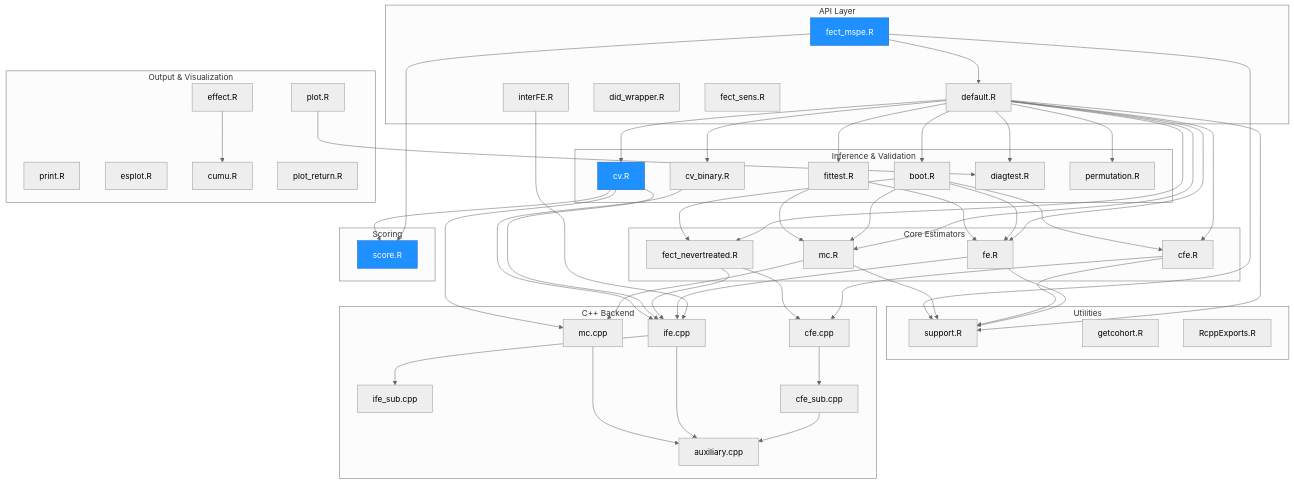
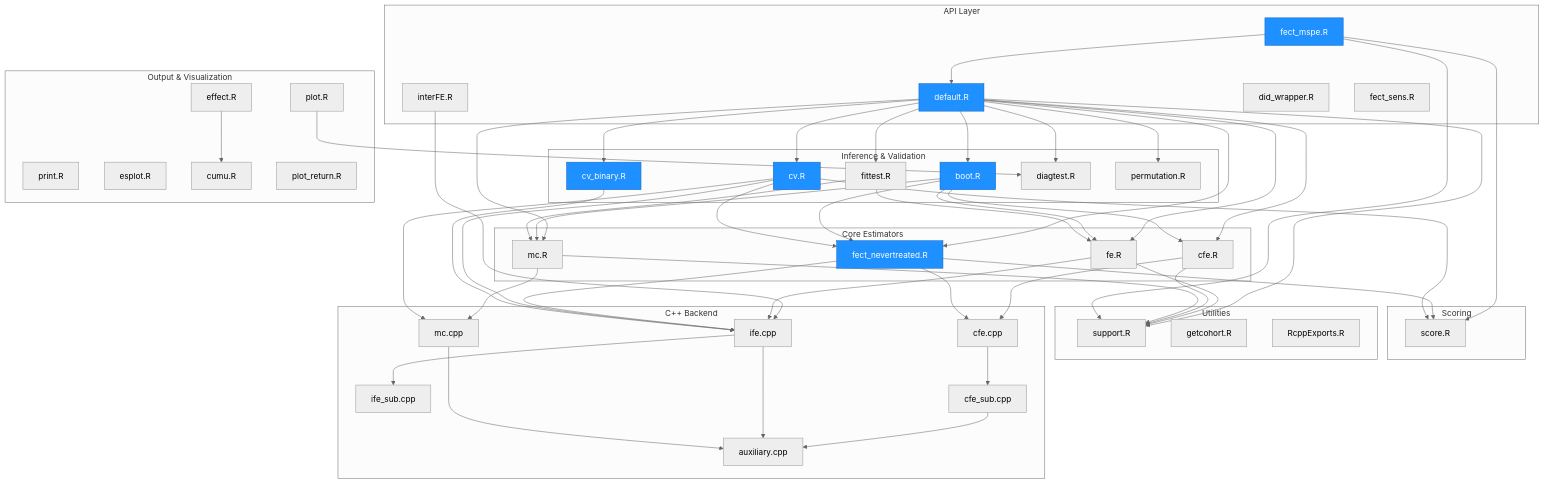
Before and after one commit to xuyiqing/fect: the first of 5 diagrams in architecture.md, drawn with Mermaid. The commit also changed other lines of this file and 11 other files, not shown here.

````diff
--- a/architecture.md
+++ b/architecture.md
@@ -87,6 +87,7 @@
     E3 --> C3
     E4 --> C1
     E4 --> C2
+    E4 --> SC1
     I1 --> E1
     I1 --> E2
     I1 --> E3
@@ -94,6 +95,7 @@
     I2 --> C1
     I2 --> C3
     I2 --> SC1
+    I2 --> E4
     I3 --> C1
     I4 --> E1
     I4 --> E3
@@ -106,7 +108,10 @@
     C3 --> C7
     A4 --> U1
 
-    style SC1 fill:#1e90ff,stroke:#1565c0,color:#fff
+    style A1 fill:#1e90ff,stroke:#1565c0,color:#fff
     style A4 fill:#1e90ff,stroke:#1565c0,color:#fff
+    style E4 fill:#1e90ff,stroke:#1565c0,color:#fff
+    style I1 fill:#1e90ff,stroke:#1565c0,color:#fff
     style I2 fill:#1e90ff,stroke:#1565c0,color:#fff
+    style I3 fill:#1e90ff,stroke:#1565c0,color:#fff
 ```
````
